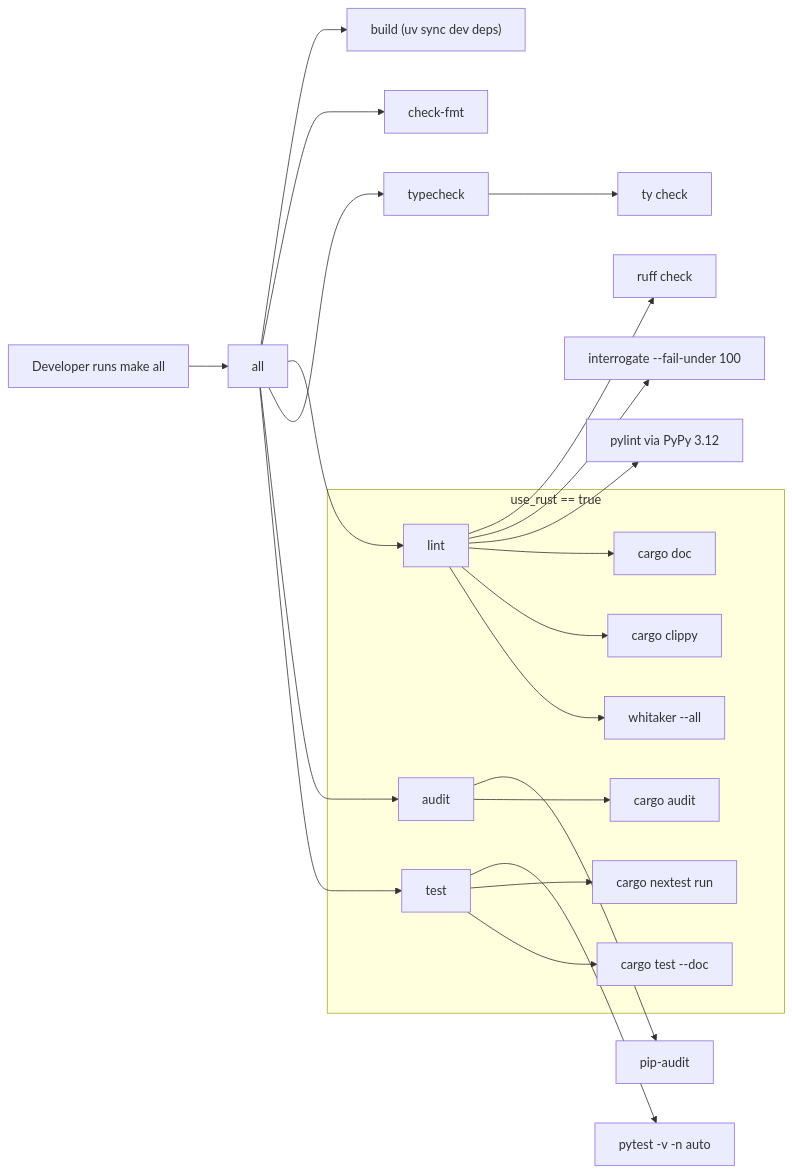
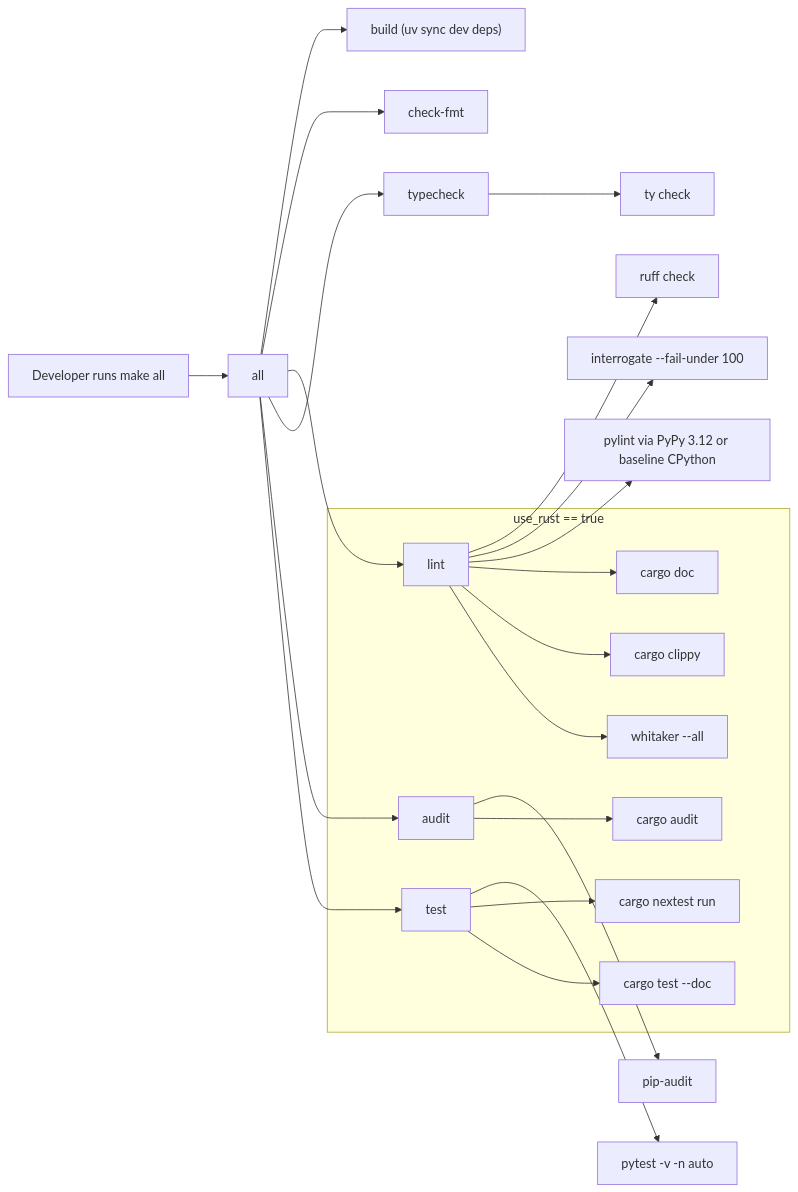
One commit to leynos/agent-template-python changed the diagram in README.md. Above: the diagram before and after it, drawn with Mermaid. The commit also changed other lines of this file and 1 other file, not shown here.

First line of the commit message:
Describe the conditional Pylint interpreter everywhere

````diff
--- a/README.md
+++ b/README.md
@@ -48,26 +49,26 @@
 ```mermaid
 flowchart LR
     Dev[Developer runs make all] --> All[all]
     All --> Build["build (uv sync dev deps)"]
     All --> CheckFmt[check-fmt]
     All --> Lint[lint]
     All --> Typecheck[typecheck]
     All --> Audit[audit]
     All --> Test[test]
 
     Lint --> RuffCheck[ruff check]
     Lint --> Interrogate[interrogate --fail-under 100]
-    Lint --> PylintPyPy[pylint via PyPy 3.12]
+    Lint --> PylintPyPy[pylint via PyPy 3.12 or baseline CPython]
     Typecheck --> TyCheck[ty check]
     Audit --> PipAudit[pip-audit]
     Test --> Pytest[pytest -v -n auto]
 
     subgraph Rust_extension_enabled[use_rust == true]
         Lint --> RustDoc[cargo doc]
         Lint --> Clippy[cargo clippy]
         Lint --> Whitaker[whitaker --all]
         Audit --> CargoAudit[cargo audit]
         Test --> Nextest[cargo nextest run]
         Test --> RustDocTests[cargo test --doc]
     end
 ```
````
